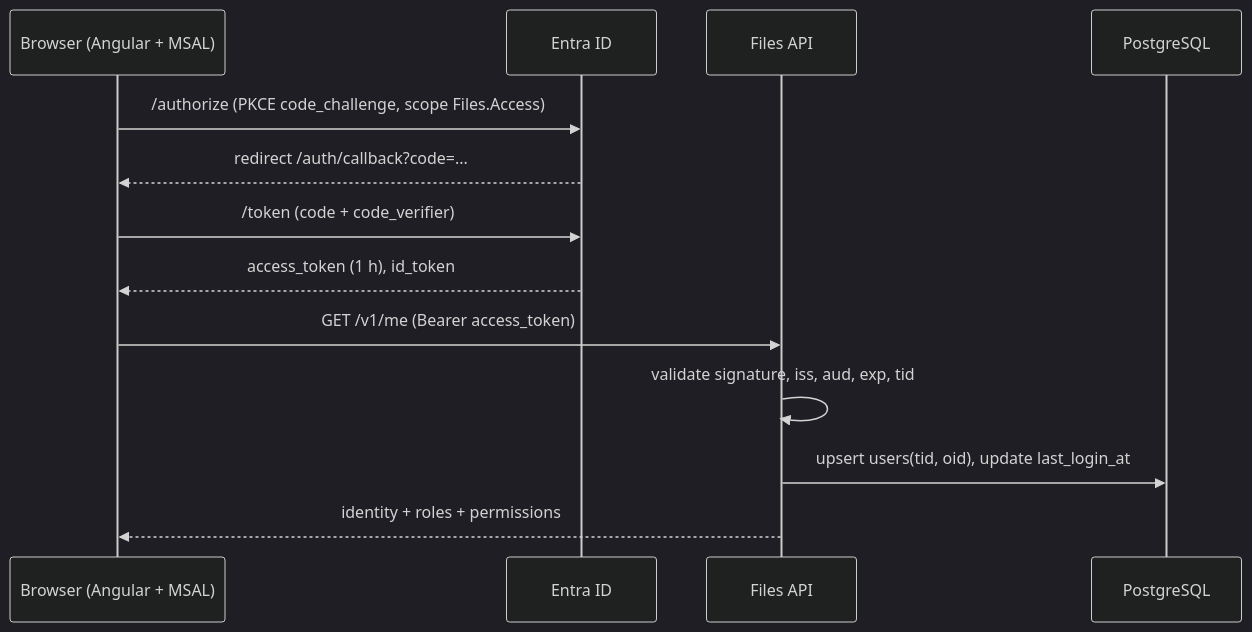
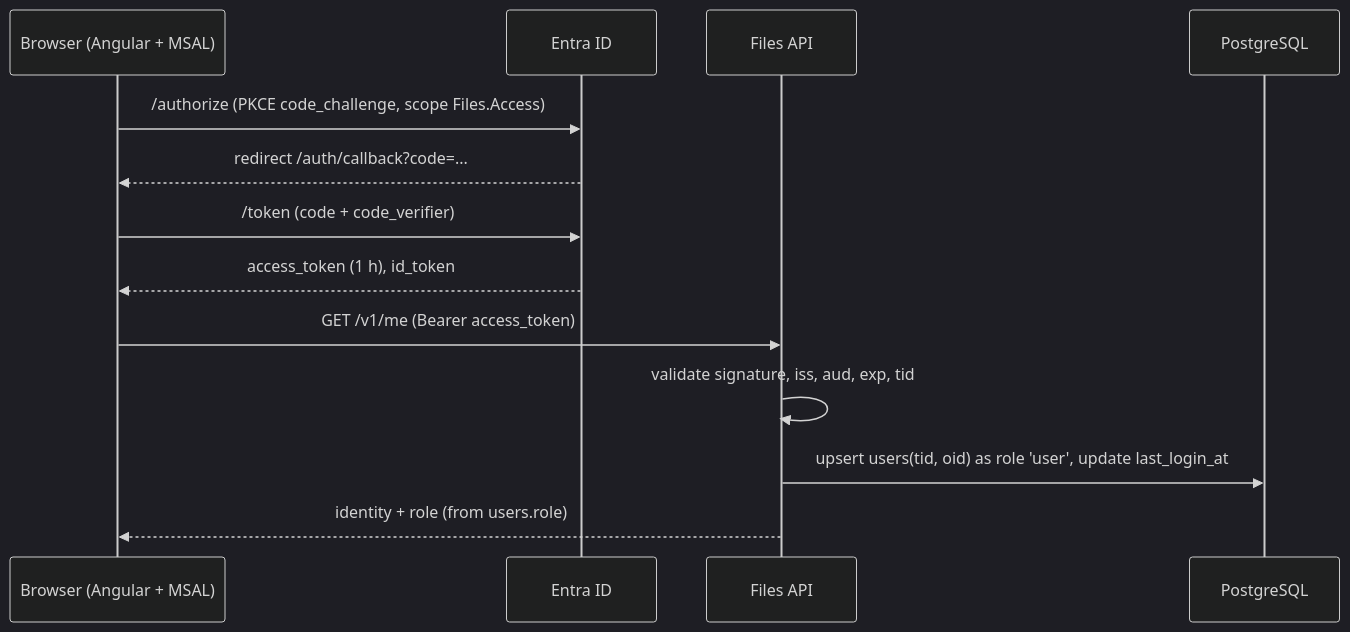
One commit to solucionesjj/files changed the diagram in docs/05-security/entra-id-authentication.md. Above: the diagram before and after it, drawn with Mermaid (dark theme). The commit also changed other lines of this file and 21 other files, not shown here.

````diff
--- a/docs/05-security/entra-id-authentication.md
+++ b/docs/05-security/entra-id-authentication.md
@@ -53,16 +39,16 @@
 ```mermaid
 sequenceDiagram
   participant B as Browser (Angular + MSAL)
   participant E as Entra ID
   participant A as Files API
   participant D as PostgreSQL
 
   B->>E: /authorize (PKCE code_challenge, scope Files.Access)
   E-->>B: redirect /auth/callback?code=...
   B->>E: /token (code + code_verifier)
   E-->>B: access_token (1 h), id_token
   B->>A: GET /v1/me (Bearer access_token)
   A->>A: validate signature, iss, aud, exp, tid
-  A->>D: upsert users(tid, oid), update last_login_at
-  A-->>B: identity + roles + permissions
+  A->>D: upsert users(tid, oid) as role 'user', update last_login_at
+  A-->>B: identity + role (from users.role)
 ```
````
